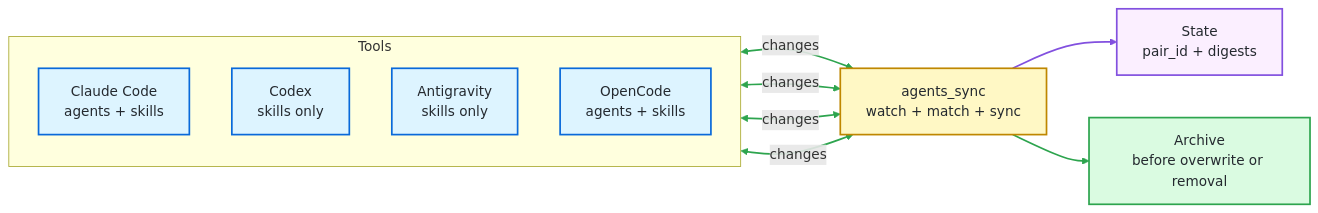
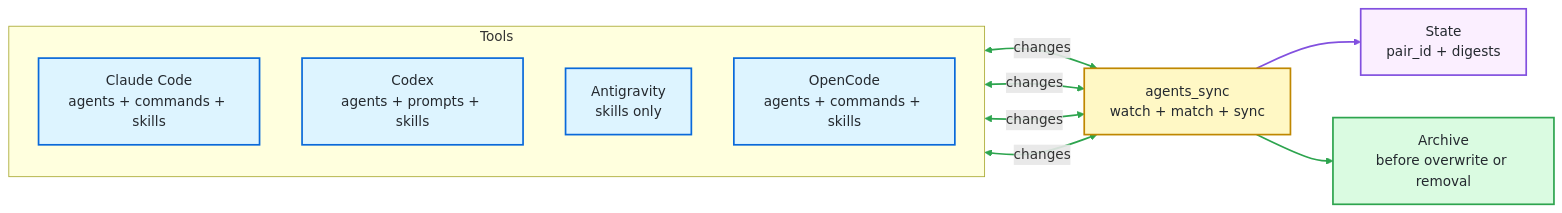
Before and after one commit to cognitivesand/agents_sync: the diagram in README.md, drawn with Mermaid. The commit also changed other lines of this file and 16 other files, not shown here.

````diff
--- a/README.md
+++ b/README.md
@@ -61,35 +63,35 @@
 ```mermaid
 flowchart LR
     subgraph Tools["Tools"]
         direction TB
-        Claude["Claude Code<br/>agents + skills"]
-        Codex["Codex<br/>skills only"]
+        Claude["Claude Code<br/>agents + commands + skills"]
+        Codex["Codex<br/>agents + prompts + skills"]
         Antigravity["Antigravity<br/>skills only"]
-        Opencode["OpenCode<br/>agents + skills"]
+        Opencode["OpenCode<br/>agents + commands + skills"]
     end
 
     Sync["agents_sync<br/>watch + match + sync"]
     State["State<br/>pair_id + digests"]
     Archive["Archive<br/>before overwrite or removal"]
 
     Claude <-->|changes| Sync
     Codex <-->|changes| Sync
     Antigravity <-->|changes| Sync
     Opencode <-->|changes| Sync
     Sync --> State
     Sync --> Archive
 
     classDef side fill:#ddf4ff,stroke:#0969da,stroke-width:2px,color:#24292f
     classDef sync fill:#fff8c5,stroke:#bf8700,stroke-width:2px,color:#24292f
     classDef state fill:#fbefff,stroke:#8250df,stroke-width:2px,color:#24292f
     classDef archive fill:#dafbe1,stroke:#2da44e,stroke-width:2px,color:#24292f
 
     class Claude,Codex,Antigravity,Opencode side
     class Sync sync
     class State state
     class Archive archive
 
     linkStyle 0,1,2,3 stroke:#2da44e,stroke-width:2px
     linkStyle 4 stroke:#8250df,stroke-width:2px
     linkStyle 5 stroke:#2da44e,stroke-width:2px
 ```
````
